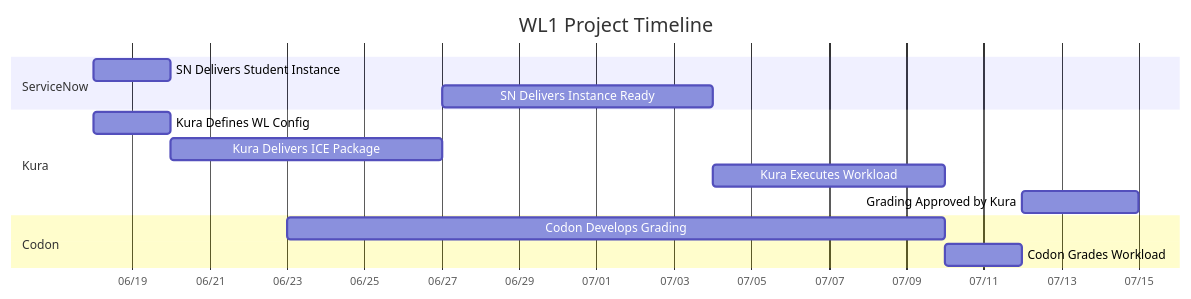
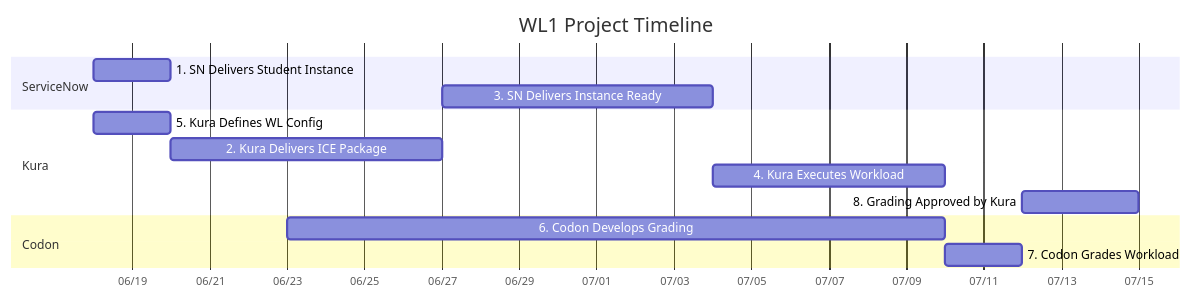
The diagram in readme.md (elmorenox/wl1_mermaid), drawn with Mermaid before and after one commit.

````diff
--- a/readme.md
+++ b/readme.md
@@ -5,20 +5,20 @@
 ```mermaid
 gantt
     title WL1 Project Timeline
     dateFormat YYYY-MM-DD
     axisFormat %m/%d
     
     section ServiceNow
-    SN Delivers Student Instance          :sn1, 2025-06-18, 2025-06-20
-    SN Delivers Instance Ready            :sn3, after k2, 7d
+    1. SN Delivers Student Instance       :sn1, 2025-06-18, 2025-06-20
+    3. SN Delivers Instance Ready         :sn3, after k2, 7d
     
     section Kura
-    Kura Defines WL Config                :k5, 2025-06-18, 2025-06-20
-    Kura Delivers ICE Package             :k2, after sn1, 7d
-    Kura Executes Workload                :k4, after sn3, 6d
-    Grading Approved by Kura              :k8, after c7, 3d
+    5. Kura Defines WL Config             :k5, 2025-06-18, 2025-06-20
+    2. Kura Delivers ICE Package          :k2, after sn1, 7d
+    4. Kura Executes Workload             :k4, after sn3, 6d
+    8. Grading Approved by Kura           :k8, after c7, 3d
     
     section Codon
-    Codon Develops Grading                :c6, 2025-06-23, 2025-07-10
-    Codon Grades Workload                 :c7, after k4, 2d
+    6. Codon Develops Grading             :c6, 2025-06-23, 2025-07-10
+    7. Codon Grades Workload              :c7, after k4, 2d
 ```
````
